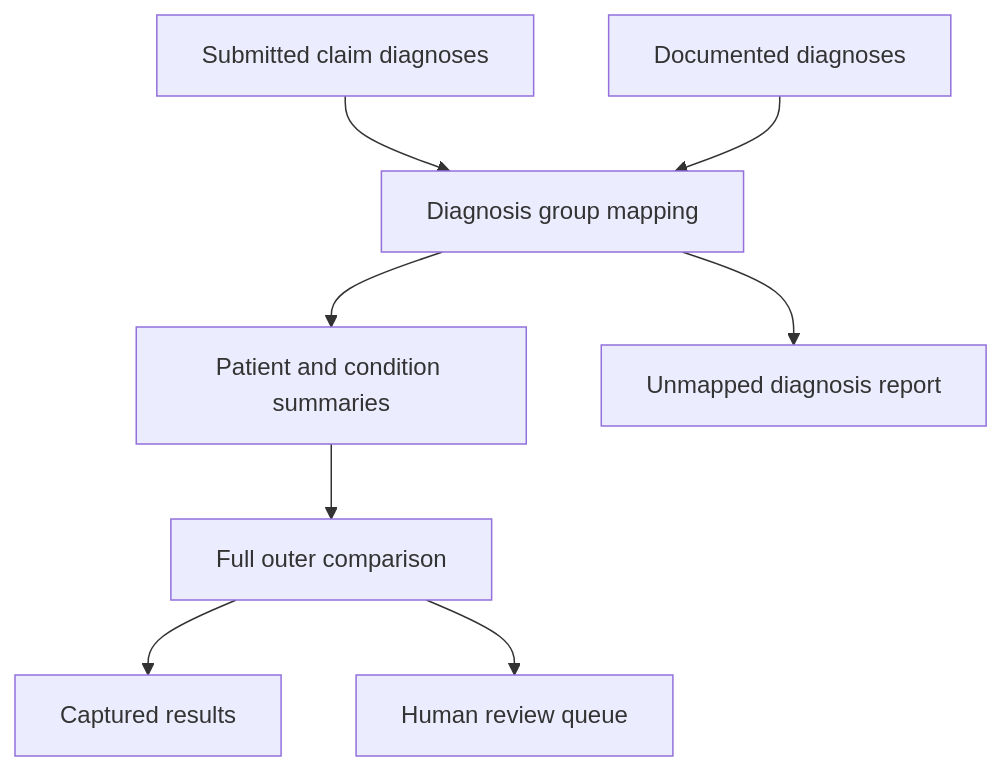
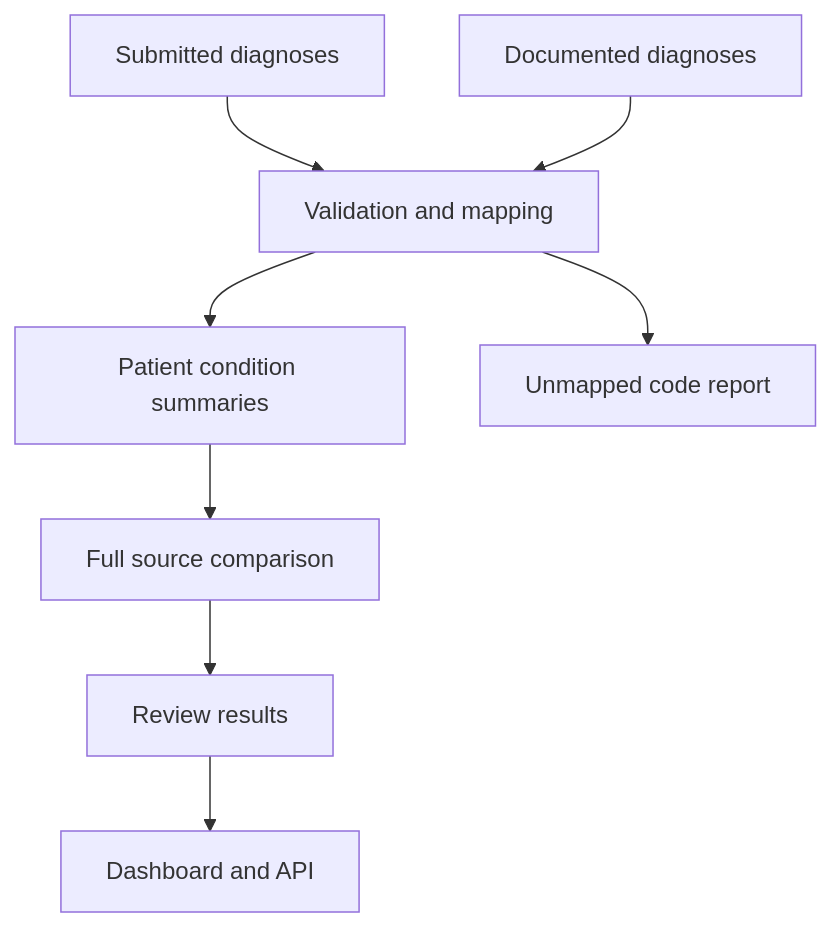
One commit to karlascolleges-alt/Healthcare-Coding-Review changed the diagram in README.md. Above: the diagram before and after it, drawn with Mermaid. The commit also changed other lines of this file and 36 other files, not shown here.

````diff
--- a/README.md
+++ b/README.md
@@ -17,10 +29,10 @@
 ```mermaid
 flowchart TD
-    A[Submitted claim diagnoses] --> C[Diagnosis group mapping]
+    A[Submitted diagnoses] --> C[Validation and mapping]
     B[Documented diagnoses] --> C
-    C --> D[Patient and condition summaries]
-    D --> E[Full outer comparison]
-    E --> F[Captured results]
-    E --> G[Human review queue]
-    C --> H[Unmapped diagnosis report]
+    C --> D[Patient condition summaries]
+    D --> E[Full source comparison]
+    E --> F[Review results]
+    F --> G[Dashboard and API]
+    C --> H[Unmapped code report]
 ```
````
